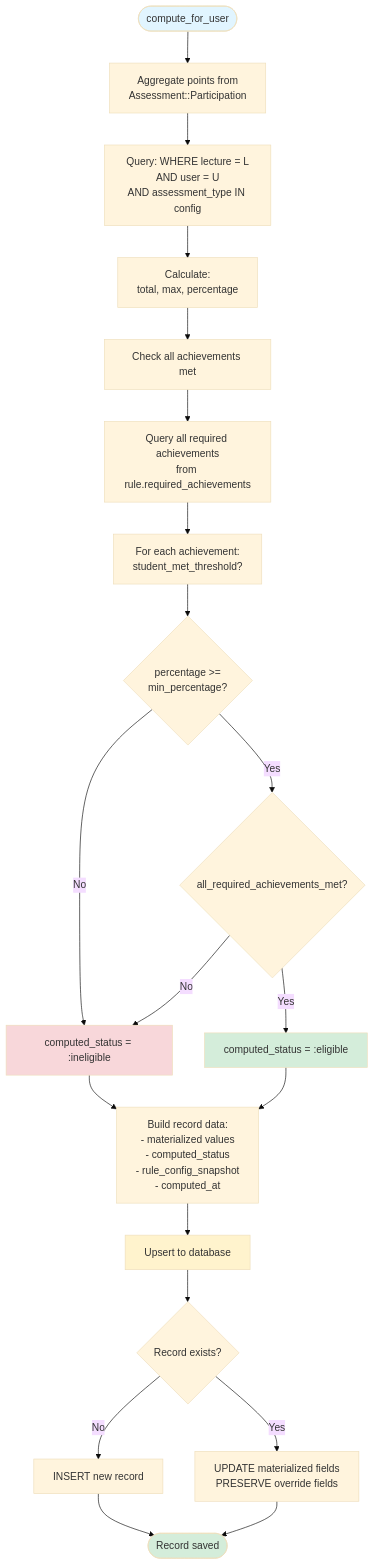
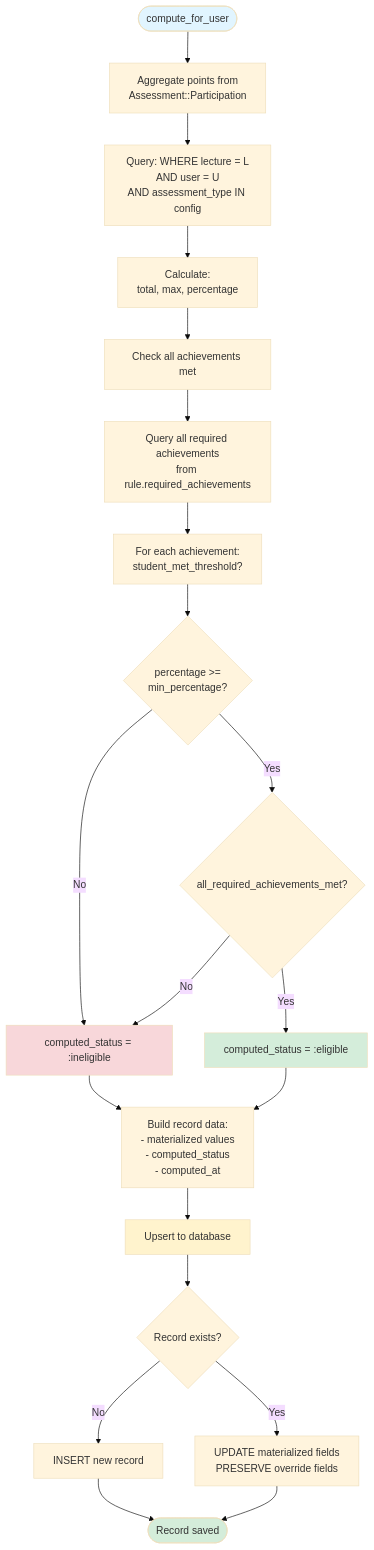
Before and after one commit to MaMpf-HD/mampf: the third of 6 diagrams in architecture/src/features/05-lecture-performance.md, drawn with Mermaid (base theme). The commit also changed other lines of this file and 9 other files, not shown here.

````diff
--- a/architecture/src/features/05-lecture-performance.md
+++ b/architecture/src/features/05-lecture-performance.md
@@ -459,36 +466,36 @@
 ```mermaid
 flowchart TD
     Start([compute_for_user]) --> FetchPoints[Aggregate points from<br/>Assessment::Participation]
     
     FetchPoints --> PointsQuery["Query: WHERE lecture = L<br/>AND user = U<br/>AND assessment_type IN config"]
     PointsQuery --> CalcPoints[Calculate:<br/>total, max, percentage]
     
     CalcPoints --> FetchAch[Check all achievements met]
     FetchAch --> AchQuery["Query all required achievements<br/>from rule.required_achievements"]
     AchQuery --> CheckEachAch[For each achievement:<br/>student_met_threshold?]
     
     CheckEachAch --> CheckPoints{percentage >=<br/>min_percentage?}
     CheckPoints -->|No| SetIneligible[computed_status = :ineligible]
     CheckPoints -->|Yes| CheckAch{all_required_achievements_met?}
     
     CheckAch -->|No| SetIneligible
     CheckAch -->|Yes| SetEligible[computed_status = :eligible]
     
-    SetIneligible --> BuildRecord[Build record data:<br/>- materialized values<br/>- computed_status<br/>- rule_config_snapshot<br/>- computed_at]
+  SetIneligible --> BuildRecord[Build record data:<br/>- materialized values<br/>- computed_status<br/>- computed_at]
     SetEligible --> BuildRecord
     
     BuildRecord --> Upsert[Upsert to database]
     Upsert --> CheckExists{Record exists?}
     
     CheckExists -->|No| Insert[INSERT new record]
     CheckExists -->|Yes| Update[UPDATE materialized fields<br/>PRESERVE override fields]
     
     Insert --> End([Record saved])
     Update --> End
     
     style Start fill:#e1f5ff
     style End fill:#d4edda
     style SetEligible fill:#d4edda
     style SetIneligible fill:#f8d7da
     style Upsert fill:#fff3cd
 ```
````
